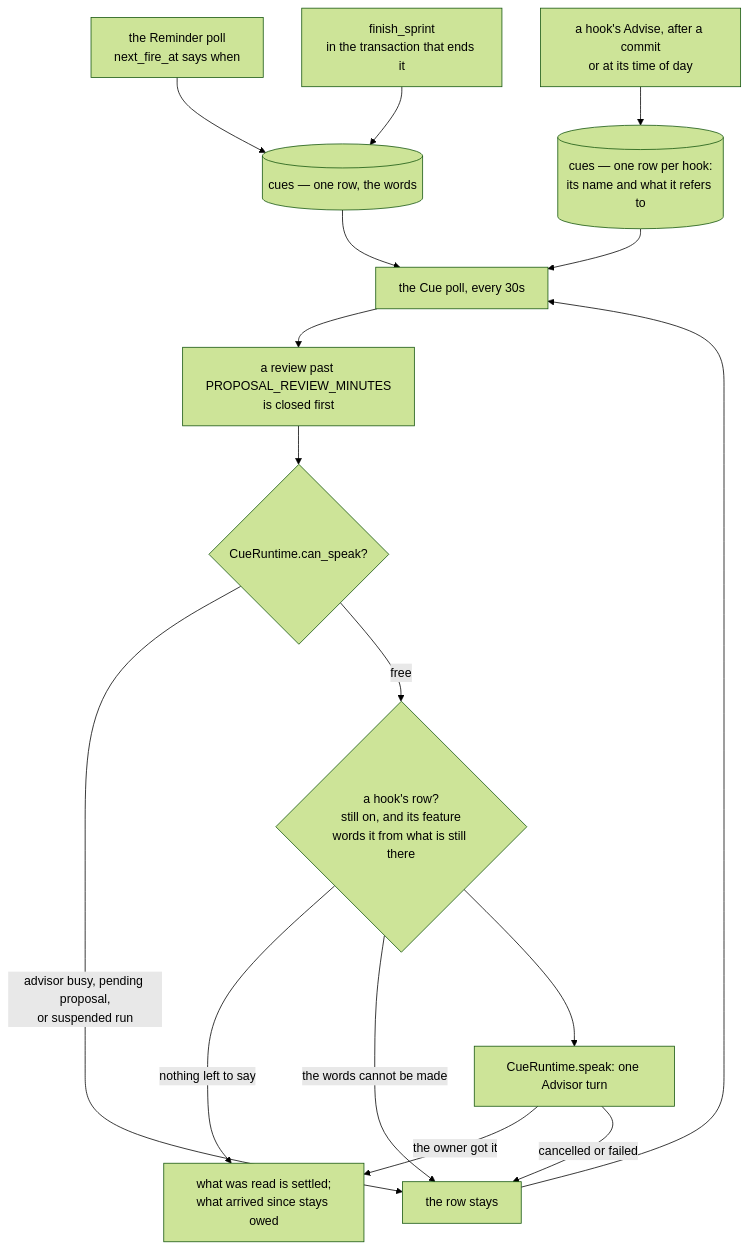
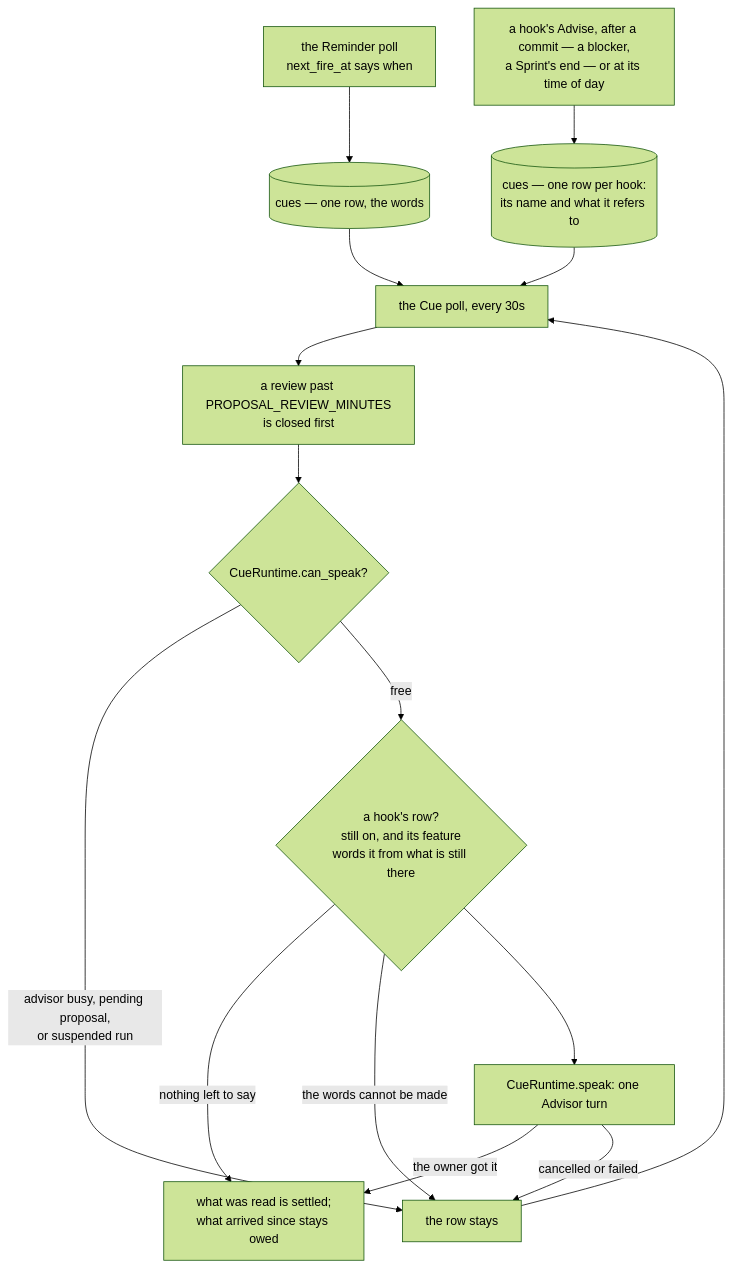
The ninth of 13 diagrams in docs/AGENT_ARCH.md (myvaheed/tg-ai-safwa), drawn with Mermaid (forest theme) before and after one commit. The commit also changed other lines of this file and 2 other files, not shown here.

Commit message:
v9.69 the architecture documents say what stands after the hook batches: a Sprint's end is a fact its summary hook words, recovery runs once the hooks are bound, and the tick poll is a background loop of its own

````diff
--- a/docs/AGENT_ARCH.md
+++ b/docs/AGENT_ARCH.md
@@ -439,18 +442,17 @@
 ```mermaid
 flowchart TB
-    RM[the Reminder poll<br/>next_fire_at says when] --> ROW
-    SP[finish_sprint<br/>in the transaction that ends it] --> ROW[(cues — one row, the words)]
-    HK[a hook's Advise, after a commit<br/>or at its time of day] --> HROW[(cues — one row per hook:<br/>its name and what it refers to)]
+    RM[the Reminder poll<br/>next_fire_at says when] --> ROW[(cues — one row, the words)]
+    HK[a hook's Advise, after a commit — a blocker,<br/>a Sprint's end — or at its time of day] --> HROW[(cues — one row per hook:<br/>its name and what it refers to)]
     ROW --> CQ[the Cue poll, every 30s]
     HROW --> CQ
     CQ --> EXP[a review past PROPOSAL_REVIEW_MINUTES<br/>is closed first]
     EXP --> GATE{CueRuntime.can_speak?}
     GATE -->|advisor busy, pending proposal,<br/>or suspended run| WAIT[the row stays]
     GATE -->|free| PREP{a hook's row?<br/>still on, and its feature<br/>words it from what is still there}
     PREP -->|nothing left to say| DEL
     PREP -->|the words cannot be made| WAIT
     PREP --> TURN[CueRuntime.speak: one Advisor turn]
     TURN -->|the owner got it| DEL[what was read is settled;<br/>what arrived since stays owed]
     TURN -->|cancelled or failed| WAIT
     WAIT --> CQ
 ```
````
